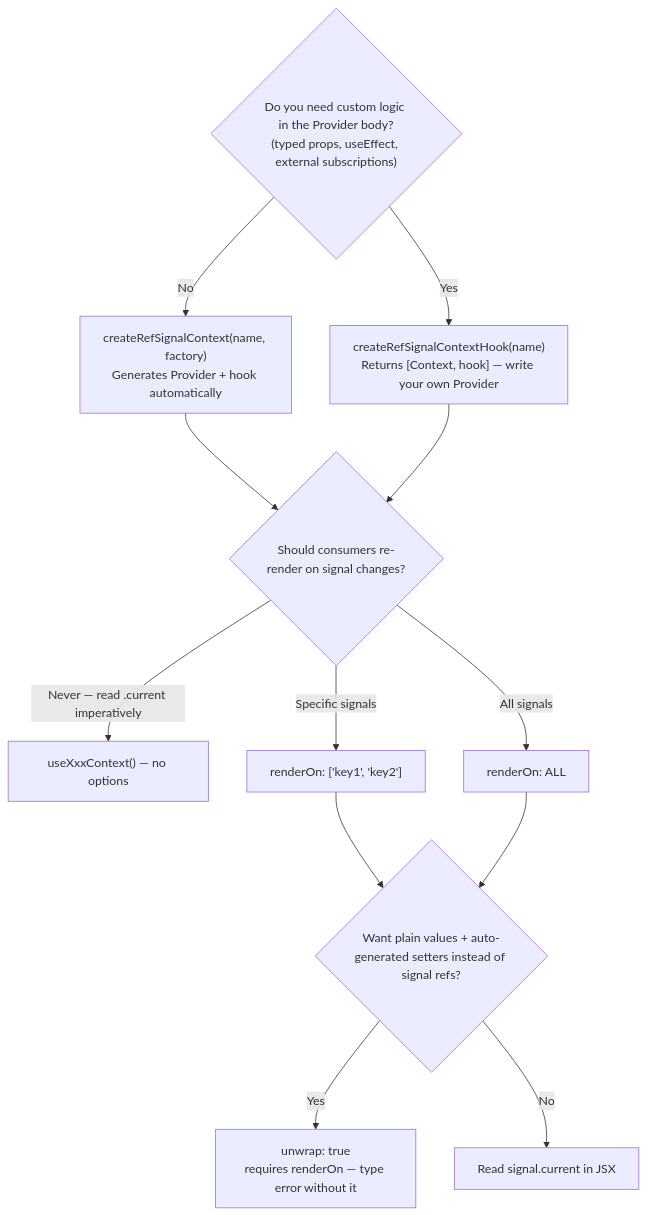
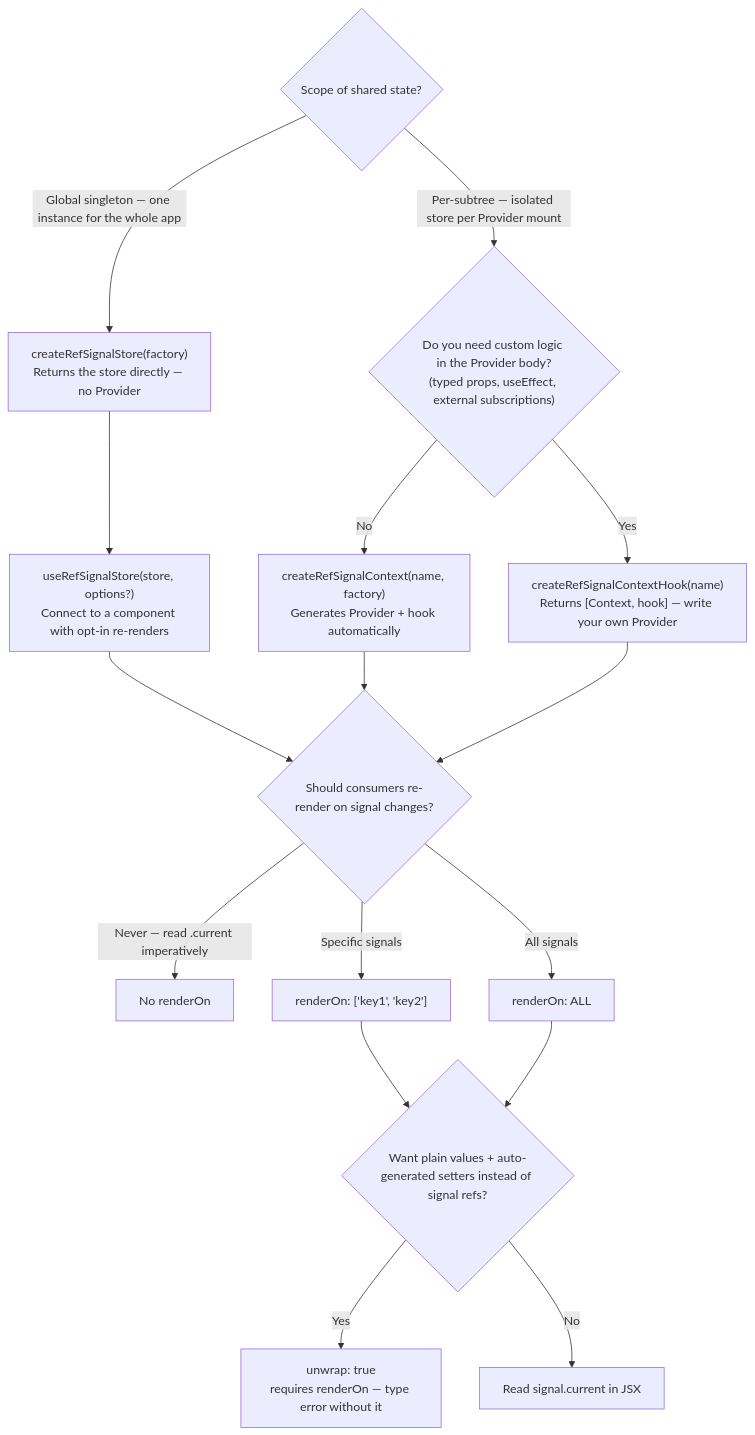
Before and after one commit to jav974/react-refsignal: the seventh of 9 diagrams in docs/decision-tree.md, drawn with Mermaid. The commit also changed 7 other files, not shown here.

First line of the commit message:
feat: add createRefSignalStore and useRefSignalStore for Provider-free global stores

````diff
--- a/docs/decision-tree.md
+++ b/docs/decision-tree.md
@@ -134,15 +134,21 @@
 ```mermaid
 flowchart TD
-    Q1{"Do you need custom logic in the Provider body?\n(typed props, useEffect, external subscriptions)"}
-    Q1 -->|No| A["createRefSignalContext(name, factory)\nGenerates Provider + hook automatically"]
-    Q1 -->|Yes| B["createRefSignalContextHook(name)\nReturns [Context, hook] — write your own Provider"]
+    Q1{"Scope of shared state?"}
+    Q1 -->|"Global singleton — one instance for the whole app"| A["createRefSignalStore(factory)\nReturns the store directly — no Provider"]
+    Q1 -->|"Per-subtree — isolated store per Provider mount"| Q2
 
-    A & B --> Q2{"Should consumers re-render on signal changes?"}
-    Q2 -->|"Never — read .current imperatively"| C["useXxxContext() — no options"]
-    Q2 -->|Specific signals| D["renderOn: ['key1', 'key2']"]
-    Q2 -->|All signals| E["renderOn: ALL"]
+    A --> B["useRefSignalStore(store, options?)\nConnect to a component with opt-in re-renders"]
 
-    D & E --> Q3{"Want plain values + auto-generated setters instead of signal refs?"}
-    Q3 -->|Yes| F["unwrap: true\nrequires renderOn — type error without it"]
-    Q3 -->|No| G["Read signal.current in JSX"]
+    Q2{"Do you need custom logic in the Provider body?\n(typed props, useEffect, external subscriptions)"}
+    Q2 -->|No| C["createRefSignalContext(name, factory)\nGenerates Provider + hook automatically"]
+    Q2 -->|Yes| D["createRefSignalContextHook(name)\nReturns [Context, hook] — write your own Provider"]
+
+    B & C & D --> Q3{"Should consumers re-render on signal changes?"}
+    Q3 -->|"Never — read .current imperatively"| E["No renderOn"]
+    Q3 -->|Specific signals| F["renderOn: ['key1', 'key2']"]
+    Q3 -->|All signals| G["renderOn: ALL"]
+
+    F & G --> Q4{"Want plain values + auto-generated setters instead of signal refs?"}
+    Q4 -->|Yes| H["unwrap: true\nrequires renderOn — type error without it"]
+    Q4 -->|No| I["Read signal.current in JSX"]
 ```
````
